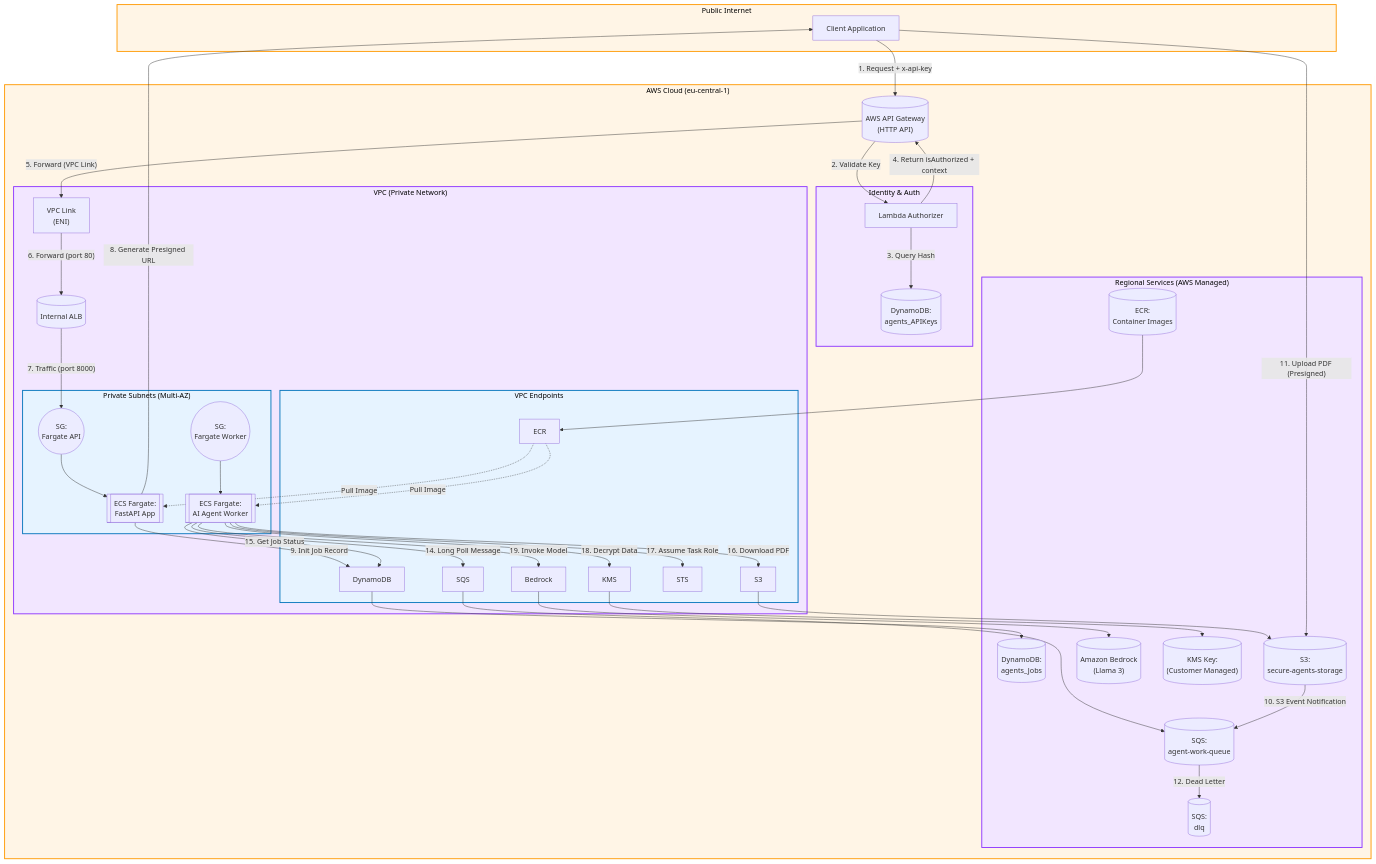
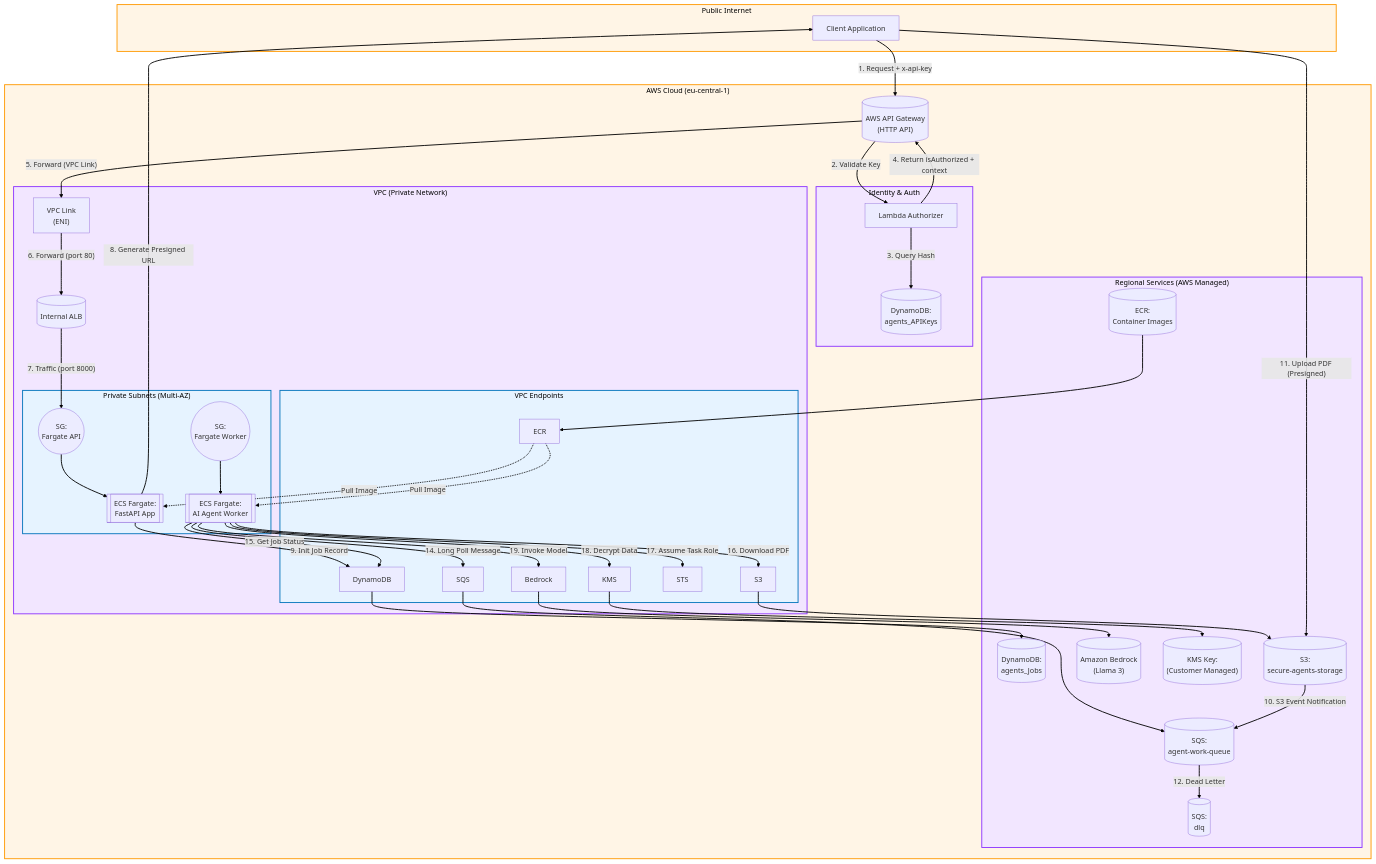
The diagram in README.md (SteliosSpanos/secure-agents), drawn with Mermaid before and after one commit.

Commit message:
Fixes diagram

```diff
--- a/README.md
+++ b/README.md
@@ -14,6 +14,8 @@
   classDef orange fill:#fff5e6,stroke:#ff9900,stroke-width:2px,color:#000;
   classDef purple fill:#f2e6ff,stroke:#8c33ff,stroke-width:2px,color:#000;
   classDef blue fill:#e6f3ff,stroke:#0073bb,stroke-width:2px,color:#000;
+
+  linkStyle default stroke:#000000,stroke-width:2px,fill:none;
 
   subgraph PublicInternet["Public Internet"]
     Client["Client Application"]
```
